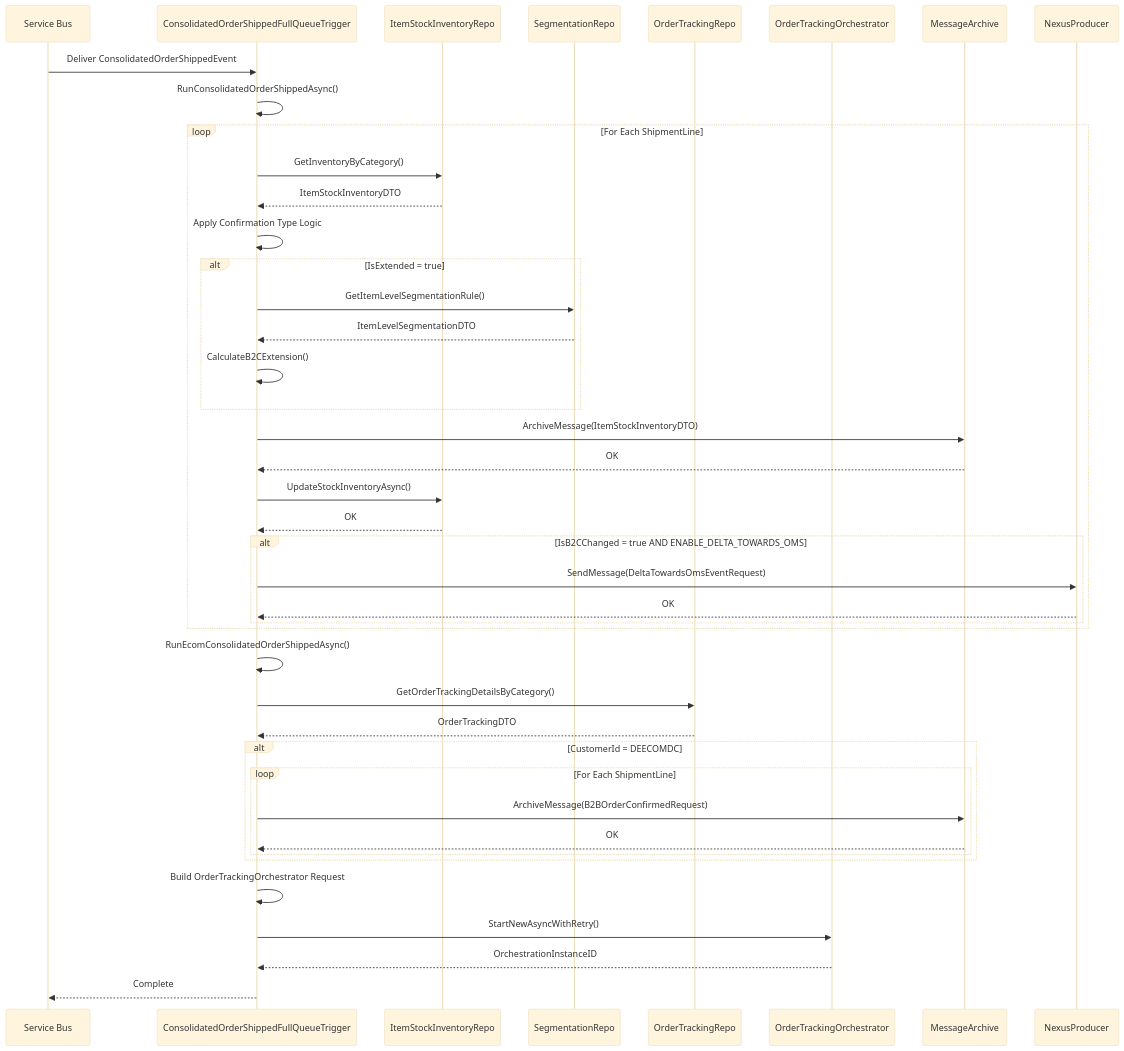
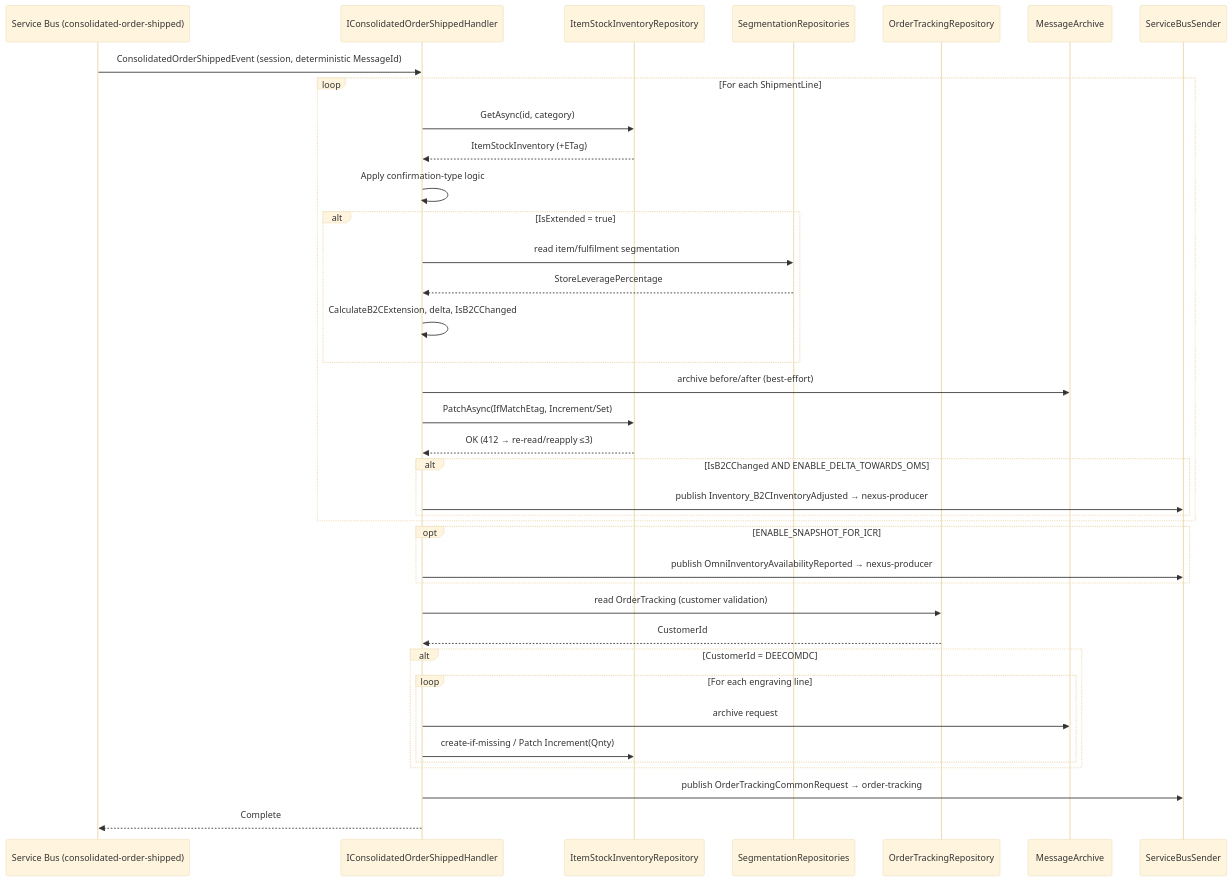
One commit to prabhum-tarento/integration-prompt-setup-k8 changed the first of 2 diagrams in docs/events/b2b.sales.ConsolidatedOrderShipped.md. Above: the diagram before and after it, drawn with Mermaid (base theme). The commit also changed other lines of this file and 18 other files, not shown here.

````diff
--- a/docs/events/b2b.sales.ConsolidatedOrderShipped.md
+++ b/docs/events/b2b.sales.ConsolidatedOrderShipped.md
@@ -841,58 +435,41 @@
 ```mermaid
 sequenceDiagram
-    participant SB as Service Bus
-    participant Trigger as ConsolidatedOrderShippedFullQueueTrigger
-    participant Inv as ItemStockInventoryRepo
-    participant Seg as SegmentationRepo
-    participant Track as OrderTrackingRepo
-    participant OTOrch as OrderTrackingOrchestrator
+    participant SB as Service Bus (consolidated-order-shipped)
+    participant H as IConsolidatedOrderShippedHandler
+    participant Inv as ItemStockInventoryRepository
+    participant Seg as SegmentationRepositories
+    participant Track as OrderTrackingRepository
     participant Archive as MessageArchive
-    participant Nexus as NexusProducer
-    
-    SB->>Trigger: Deliver ConsolidatedOrderShippedEvent
-    
-    Trigger->>Trigger: RunConsolidatedOrderShippedAsync()
-    
-    loop For Each ShipmentLine
-        Trigger->>Inv: GetInventoryByCategory()
-        Inv-->>Trigger: ItemStockInventoryDTO
-        
-        Trigger->>Trigger: Apply Confirmation Type Logic
-        
+    participant Sender as ServiceBusSender
+
+    SB->>H: ConsolidatedOrderShippedEvent (session, deterministic MessageId)
+    loop For each ShipmentLine
+        H->>Inv: GetAsync(id, category)
+        Inv-->>H: ItemStockInventory (+ETag)
+        H->>H: Apply confirmation-type logic
         alt IsExtended = true
-            Trigger->>Seg: GetItemLevelSegmentationRule()
-            Seg-->>Trigger: ItemLevelSegmentationDTO
-            Trigger->>Trigger: CalculateB2CExtension()
+            H->>Seg: read item/fulfilment segmentation
+            Seg-->>H: StoreLeveragePercentage
+            H->>H: CalculateB2CExtension, delta, IsB2CChanged
         end
-        
-        Trigger->>Archive: ArchiveMessage(ItemStockInventoryDTO)
-        Archive-->>Trigger: OK
-        
-        Trigger->>Inv: UpdateStockInventoryAsync()
-        Inv-->>Trigger: OK
-        
-        alt IsB2CChanged = true AND ENABLE_DELTA_TOWARDS_OMS
-            Trigger->>Nexus: SendMessage(DeltaTowardsOmsEventRequest)
-            Nexus-->>Trigger: OK
+        H->>Archive: archive before/after (best-effort)
+        H->>Inv: PatchAsync(IfMatchEtag, Increment/Set)
+        Inv-->>H: OK  (412 → re-read/reapply ≤3)
+        alt IsB2CChanged AND ENABLE_DELTA_TOWARDS_OMS
+            H->>Sender: publish Inventory_B2CInventoryAdjusted → nexus-producer
         end
     end
-    
-    Trigger->>Trigger: RunEcomConsolidatedOrderShippedAsync()
-    
-    Trigger->>Track: GetOrderTrackingDetailsByCategory()
-    Track-->>Trigger: OrderTrackingDTO
-    
+    opt ENABLE_SNAPSHOT_FOR_ICR
+        H->>Sender: publish OmniInventoryAvailabilityReported → nexus-producer
+    end
+    H->>Track: read OrderTracking (customer validation)
+    Track-->>H: CustomerId
     alt CustomerId = DEECOMDC
-        loop For Each ShipmentLine
-            Trigger->>Archive: ArchiveMessage(B2BOrderConfirmedRequest)
-            Archive-->>Trigger: OK
+        loop For each engraving line
+            H->>Archive: archive request
+            H->>Inv: create-if-missing / Patch Increment(Qnty)
         end
     end
-    
-    Trigger->>Trigger: Build OrderTrackingOrchestrator Request
-    
-    Trigger->>OTOrch: StartNewAsyncWithRetry()
-    OTOrch-->>Trigger: OrchestrationInstanceID
-    
-    Trigger-->>SB: Complete
+    H->>Sender: publish OrderTrackingCommonRequest → order-tracking
+    H-->>SB: Complete
 ```
````
